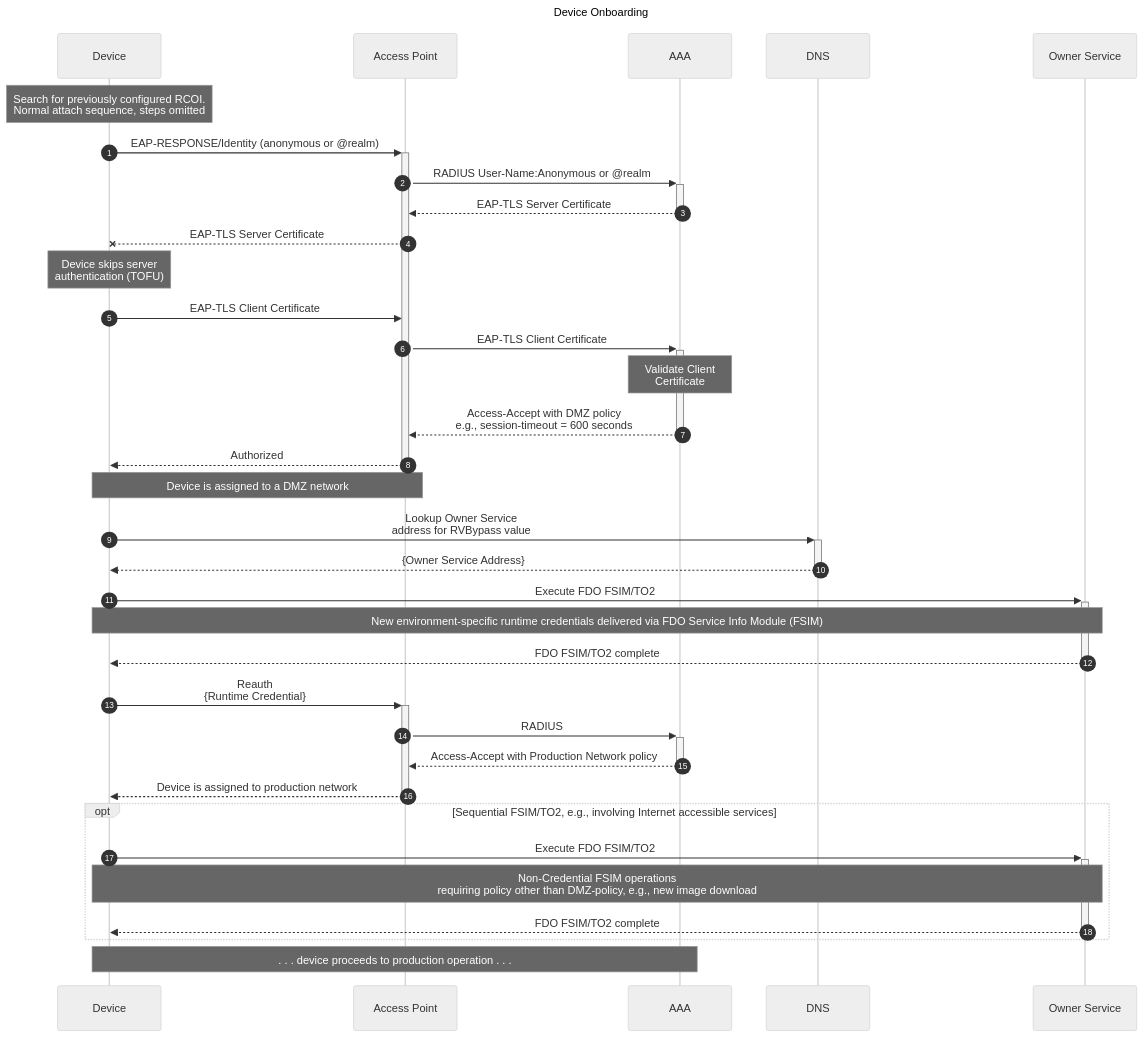
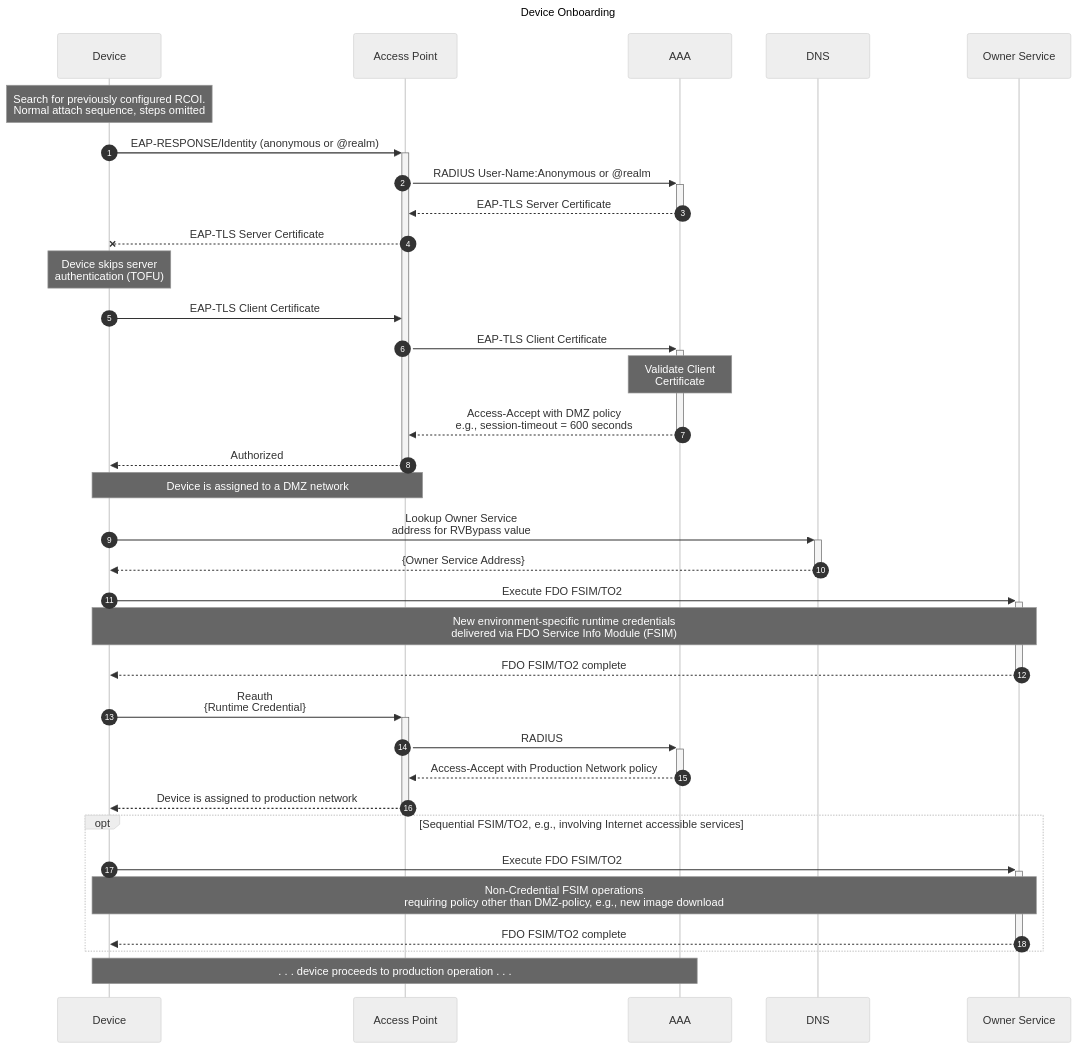
One commit to wireless-broadband-alliance/WBA-FIDO-Collaboration changed the second of 2 diagrams in WORKFLOWS.md. Above: the diagram before and after it, drawn with Mermaid (neutral theme).

````diff
--- a/WORKFLOWS.md
+++ b/WORKFLOWS.md
@@ -70,47 +70,47 @@
 ```mermaid
 sequenceDiagram
     title Device Onboarding
     participant dev as Device
     participant ap as Access Point
     participant aaa as AAA
     participant dns as DNS
     participant owner as Owner Service
 
     autonumber
 
     note over dev: Search for previously configured RCOI.<br/>Normal attach sequence, steps omitted
     dev ->>+ ap: EAP-RESPONSE/Identity (anonymous or @realm)
     ap ->>+ aaa: RADIUS User-Name:Anonymous or @realm
 
     aaa -->>- ap: EAP-TLS Server Certificate
     ap --x dev: EAP-TLS Server Certificate
     note over dev : Device skips server<br/>authentication (TOFU)
 
     dev ->> ap: EAP-TLS Client Certificate
     ap ->>+ aaa: EAP-TLS Client Certificate
 
     note over aaa : Validate Client<br/>Certificate
 
     aaa -->>- ap: Access-Accept with DMZ policy<br/>e.g., session-timeout = 600 seconds
     ap -->>- dev: Authorized
     note over dev,ap: Device is assigned to a DMZ network
 
     dev ->>+ dns: Lookup Owner Service<br/>address for RVBypass value
     dns -->>- dev: {Owner Service Address}
 
     dev ->>+ owner: Execute FDO FSIM/TO2
-    note over dev,owner: New environment-specific runtime credentials delivered via FDO Service Info Module (FSIM)
+    note over dev,owner: New environment-specific runtime credentials<br/>delivered via FDO Service Info Module (FSIM)
     owner -->>- dev: FDO FSIM/TO2 complete
 
     dev ->>+ ap: Reauth<br/>{Runtime Credential}
     ap ->>+ aaa: RADIUS
     aaa -->>- ap: Access-Accept with Production Network policy
     ap -->>- dev: Device is assigned to production network
     opt Sequential FSIM/TO2, e.g., involving Internet accessible services
         dev ->>+ owner: Execute FDO FSIM/TO2
             note over dev,owner: Non-Credential FSIM operations<br/>requiring policy other than DMZ-policy, e.g., new image download
         owner -->>- dev: FDO FSIM/TO2 complete
 
     end
     note over dev,aaa: . . . device proceeds to production operation . . .
 ```
````
